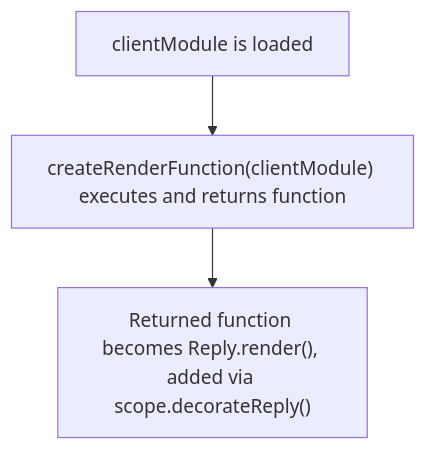
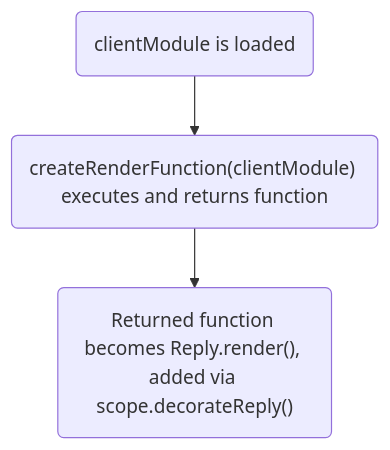
The first of 2 diagrams in docs/guide/rendering-function.md (fastify/fastify-vite), drawn with Mermaid before and after one commit. The commit also changed other lines of this file, not shown here.

````diff
--- a/docs/guide/rendering-function.md
+++ b/docs/guide/rendering-function.md
@@ -29,5 +29,5 @@
 ```mermaid
 flowchart TD
-    A[clientModule is loaded] --> C["createRenderFunction(clientModule) executes and returns function"]
-    C -->E["Returned function becomes Reply.render(), added via scope.decorateReply()"]
+    A(clientModule is loaded) --> C("createRenderFunction(clientModule) executes and returns function")
+    C -->E("Returned function becomes Reply.render(), added via scope.decorateReply()")
 ```
````
